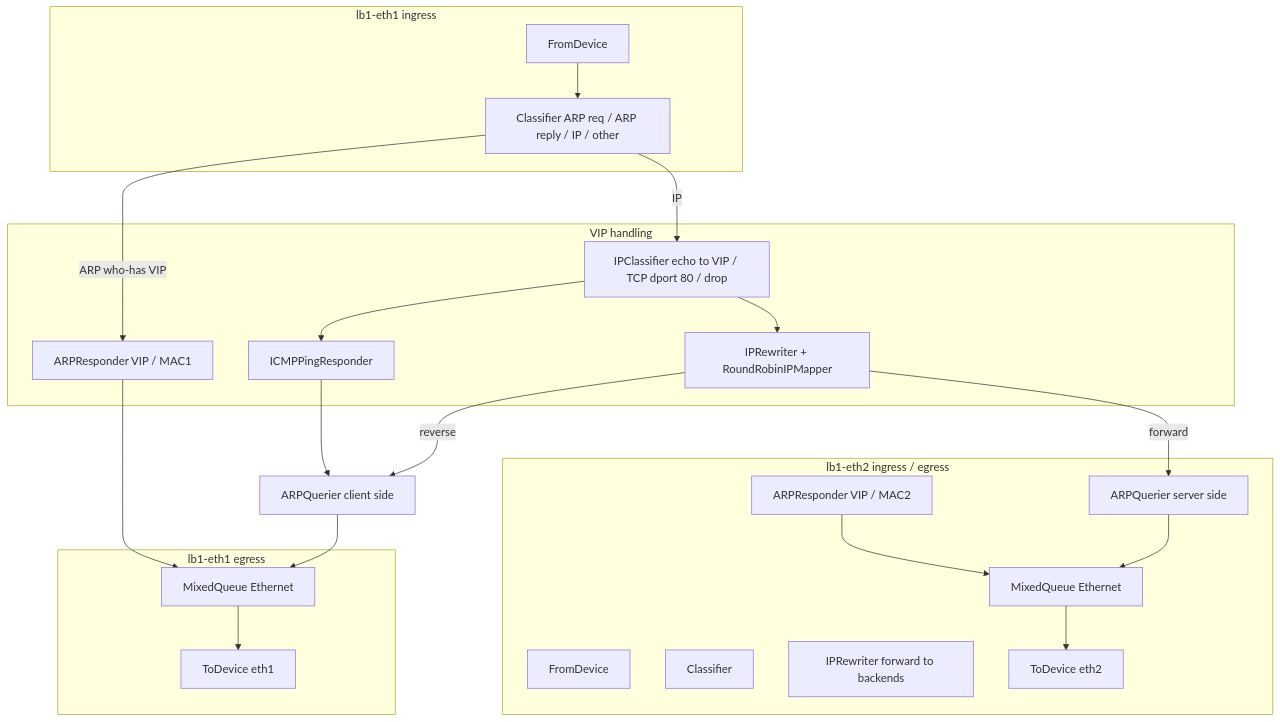
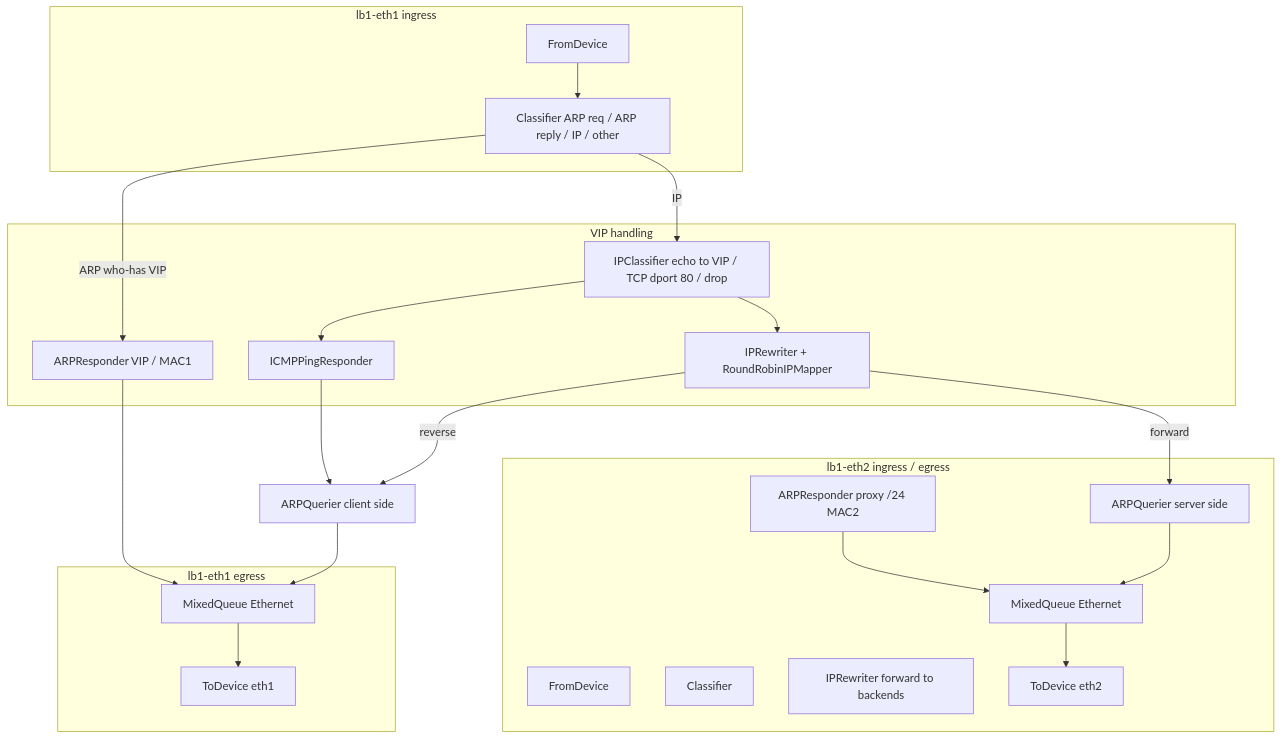
One commit to Hong-yiii/ML-networking changed the fifth of 5 diagrams in docs/load_balancer.md. Above: the diagram before and after it, drawn with Mermaid. The commit also changed other lines of this file and 15 other files, not shown here.

````diff
--- a/docs/load_balancer.md
+++ b/docs/load_balancer.md
@@ -56,41 +192,41 @@
 ```mermaid
 flowchart TB
   subgraph clientSide[lb1-eth1 ingress]
     E1[FromDevice]
     C1[Classifier ARP req / ARP reply / IP / other]
     E1 --> C1
   end
   subgraph vip[VIP handling]
     AR1[ARPResponder VIP / MAC1]
     IPC[IPClassifier echo to VIP / TCP dport 80 / drop]
     ICMP[ICMPPingResponder]
     RW[IPRewriter + RoundRobinIPMapper]
   end
   C1 -->|ARP who-has VIP| AR1
   C1 -->|IP| IPC
   IPC --> ICMP
   IPC --> RW
   ARQ1[ARPQuerier client side]
   ICMP --> ARQ1
   RW -->|reverse| ARQ1
   subgraph eth1Egress[lb1-eth1 egress]
     TX1[MixedQueue Ethernet]
     TD1[ToDevice eth1]
   end
   AR1 --> TX1
   ARQ1 --> TX1
   TX1 --> TD1
   subgraph serverSide[lb1-eth2 ingress / egress]
     E2[FromDevice]
     C2[Classifier]
     RW0[IPRewriter forward to backends]
-    AR2[ARPResponder VIP / MAC2]
+    AR2[ARPResponder proxy /24 MAC2]
     ARQ2[ARPQuerier server side]
     TX2[MixedQueue Ethernet]
     TD2[ToDevice eth2]
   end
   RW -->|forward| ARQ2
   AR2 --> TX2
   ARQ2 --> TX2
   TX2 --> TD2
 ```
````
